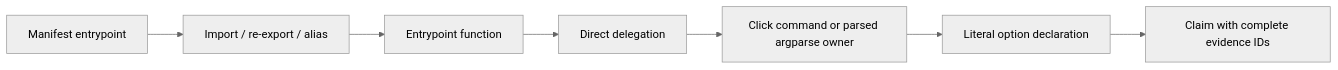
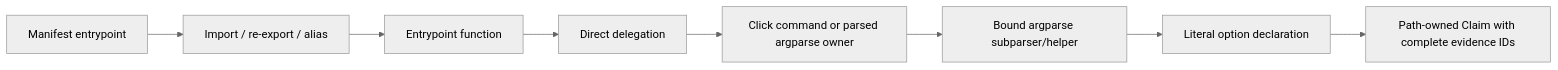
One commit to wzn1118/repo-to-skill changed the diagram in docs/python-entrypoint-graph.md. Above: the diagram before and after it, drawn with Mermaid (neutral theme). The commit also changed other lines of this file and 54 other files, not shown here.

Commit message:
Preserve scoped argparse command evidence and publish fixed-corpus v12

````diff
--- a/docs/python-entrypoint-graph.md
+++ b/docs/python-entrypoint-graph.md
@@ -9,9 +9,10 @@
 ```mermaid
 flowchart LR
     Manifest[Manifest entrypoint] --> Import[Import / re-export / alias]
     Import --> Wrapper[Entrypoint function]
     Wrapper --> Call[Direct delegation]
     Call --> Parser[Click command or parsed argparse owner]
-    Parser --> Option[Literal option declaration]
-    Option --> Claim[Claim with complete evidence IDs]
+    Parser --> Child[Bound argparse subparser/helper]
+    Child --> Option[Literal option declaration]
+    Option --> Claim[Path-owned Claim with complete evidence IDs]
 ```
````
